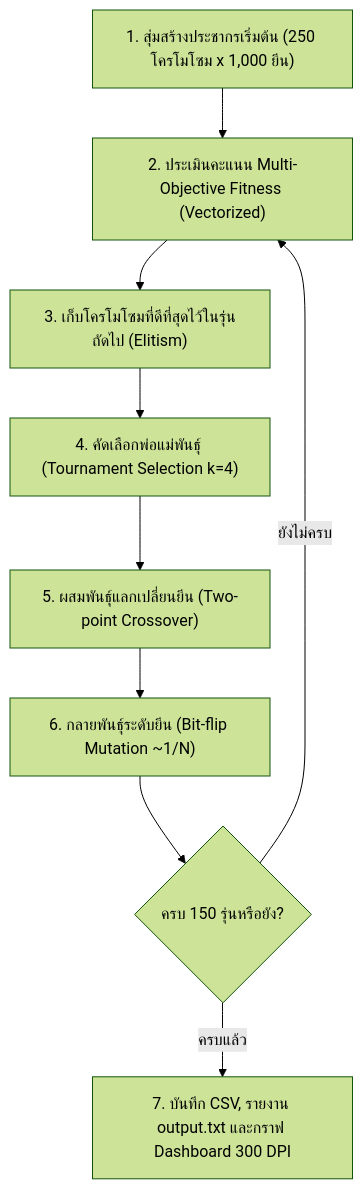
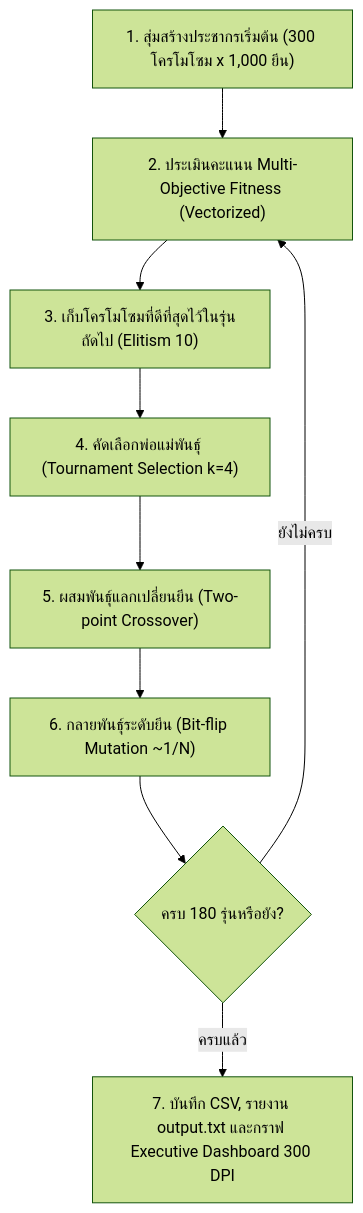
The diagram in README.md (Name-Thinking/GA), drawn with Mermaid (forest theme) before and after one commit. The commit also changed other lines of this file and 5 other files, not shown here.

Commit message:
feat: enhance GA precision to 99.93% and polish executive dashboard for client presentation

````diff
--- a/README.md
+++ b/README.md
@@ -23,11 +23,11 @@
 ```mermaid
 flowchart TD
-    A["1. สุ่มสร้างประชากรเริ่มต้น (250 โครโมโซม x 1,000 ยีน)"] --> B["2. ประเมินคะแนน Multi-Objective Fitness (Vectorized)"]
-    B --> C["3. เก็บโครโมโซมที่ดีที่สุดไว้ในรุ่นถัดไป (Elitism)"]
+    A["1. สุ่มสร้างประชากรเริ่มต้น (300 โครโมโซม x 1,000 ยีน)"] --> B["2. ประเมินคะแนน Multi-Objective Fitness (Vectorized)"]
+    B --> C["3. เก็บโครโมโซมที่ดีที่สุดไว้ในรุ่นถัดไป (Elitism 10)"]
+    D --> E["5. ผสมพันธุ์แลกเปลี่ยนยีน (Two-point Crossover)"]
     C --> D["4. คัดเลือกพ่อแม่พันธุ์ (Tournament Selection k=4)"]
-    D --> E["5. ผสมพันธุ์แลกเปลี่ยนยีน (Two-point Crossover)"]
     E --> F["6. กลายพันธุ์ระดับยีน (Bit-flip Mutation ~1/N)"]
-    F --> G{"ครบ 150 รุ่นหรือยัง?"}
+    F --> G{"ครบ 180 รุ่นหรือยัง?"}
     G -- ยังไม่ครบ --> B
-    G -- ครบแล้ว --> H["7. บันทึก CSV, รายงาน output.txt และกราฟ Dashboard 300 DPI"]
+    G -- ครบแล้ว --> H["7. บันทึก CSV, รายงาน output.txt และกราฟ Executive Dashboard 300 DPI"]
 ```
````
